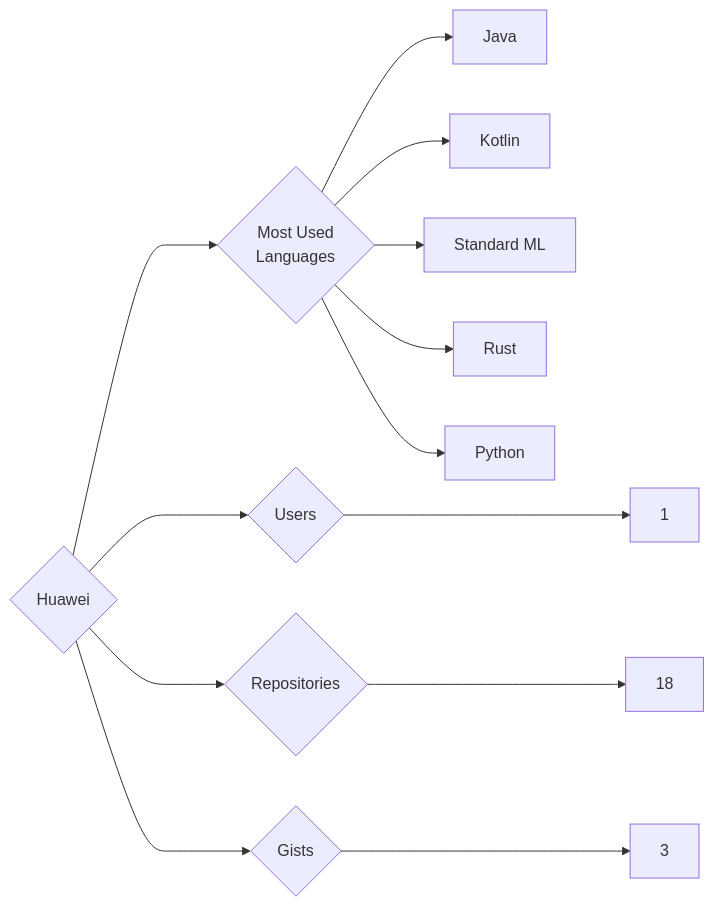
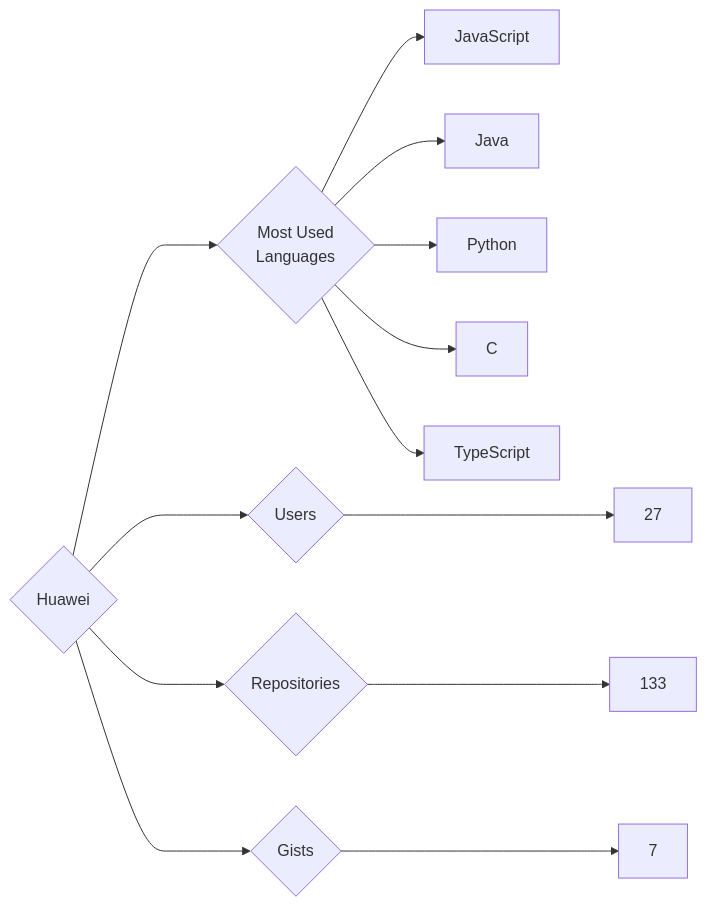
Before and after one commit to trickest/insiders: the diagram in targets/Huawei/README.md, drawn with Mermaid. The commit also changed 773 other files, not shown here.

````diff
--- a/targets/Huawei/README.md
+++ b/targets/Huawei/README.md
@@ -3,13 +3,13 @@
 ```mermaid
 graph LR
 COMPANY_NAME{Huawei}
-COMPANY_NAME ---> U{Users} ---> UN[1]
-COMPANY_NAME ---> R{Repositories} ---> RN[18]
-COMPANY_NAME ---> G{Gists} ---> GN[3]
+COMPANY_NAME ---> U{Users} ---> UN[27]
+COMPANY_NAME ---> R{Repositories} ---> RN[133]
+COMPANY_NAME ---> G{Gists} ---> GN[7]
 COMPANY_NAME ---> ML{Most Used<br>Languages}
+ML --> JavaScript[JavaScript]
 ML --> Java[Java]
-ML --> Kotlin[Kotlin]
-ML --> Standard_ML[Standard ML]
-ML --> Rust[Rust]
 ML --> Python[Python]
+ML --> C[C]
+ML --> TypeScript[TypeScript]
 ```
````
